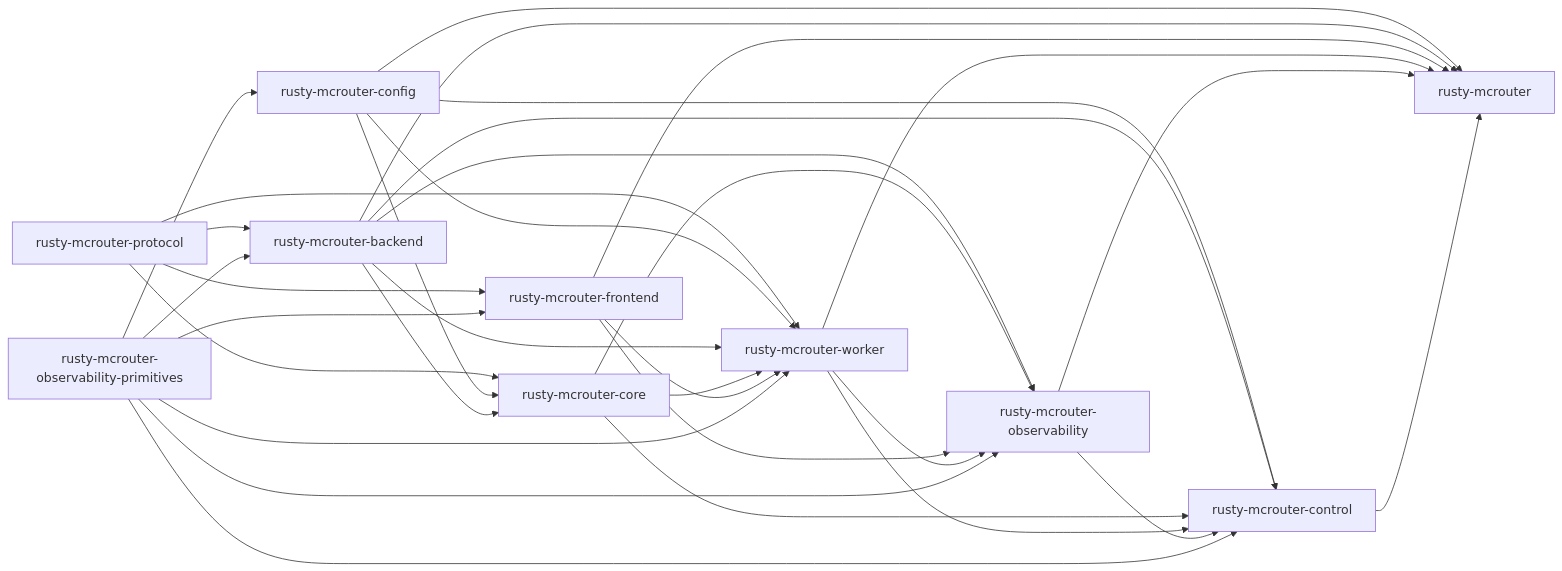
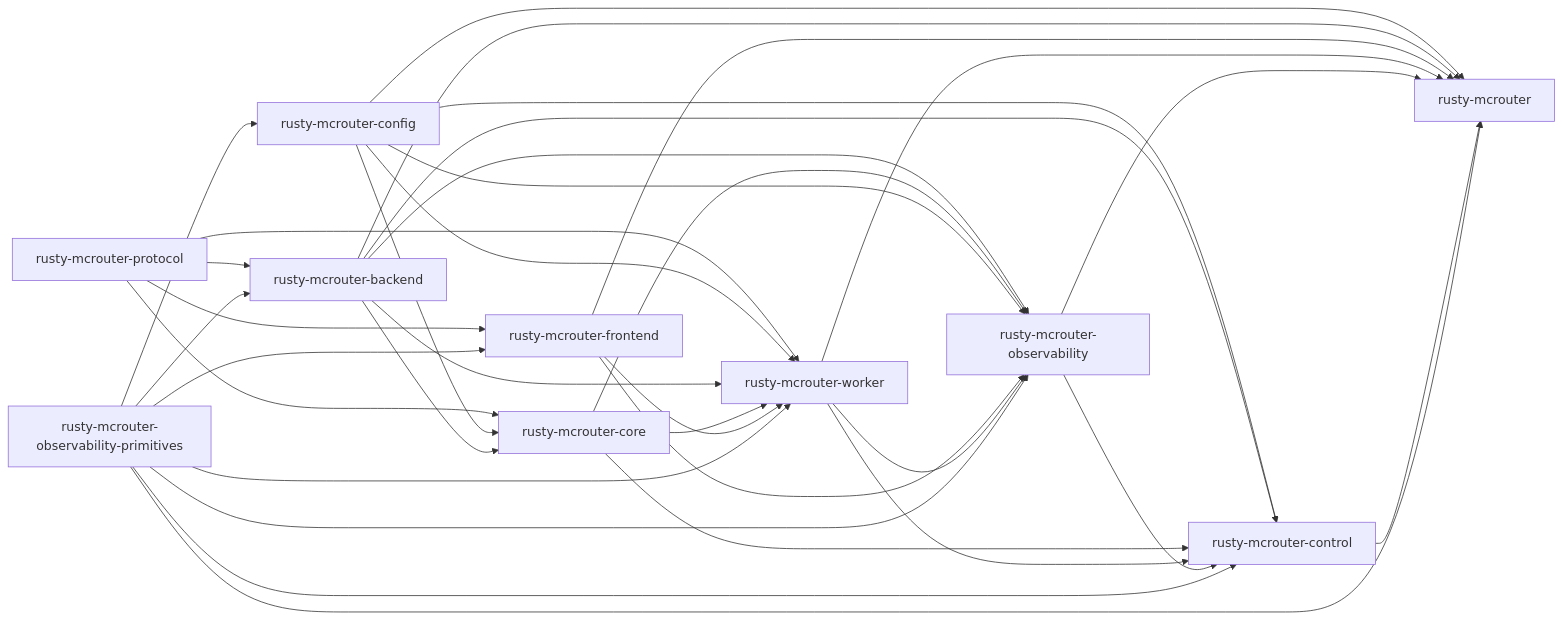
The first of 3 diagrams in docs/architecture/README.md (raydatray/rusty-mcrouter), drawn with Mermaid before and after one commit. The commit also changed other lines of this file and 13 other files, not shown here.

````diff
--- a/docs/architecture/README.md
+++ b/docs/architecture/README.md
@@ -24,45 +24,47 @@
 ```mermaid
 flowchart LR
     P[rusty-mcrouter-protocol]
     K[rusty-mcrouter-config]
     Q[rusty-mcrouter-observability-primitives]
     B[rusty-mcrouter-backend]
     C[rusty-mcrouter-core]
     F[rusty-mcrouter-frontend]
     X[rusty-mcrouter-worker]
     O[rusty-mcrouter-observability]
     T[rusty-mcrouter-control]
     R[rusty-mcrouter]
 
     P --> B
     P --> C
     P --> X
     P --> F
     K --> C
     K --> X
     B --> C
     B --> X
     C --> X
     F --> X
     B --> O
     C --> O
+    K --> O
     F --> O
     X --> O
     K --> R
     B --> R
     F --> R
     X --> R
     O --> R
     K --> T
     B --> T
     C --> T
     X --> T
     O --> T
     Q --> T
     T --> R
     Q --> B
     Q --> K
     Q --> X
     Q --> F
     Q --> O
+    Q --> R
 ```
````
